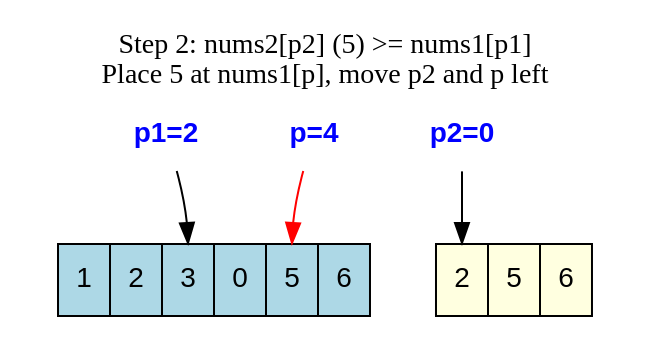
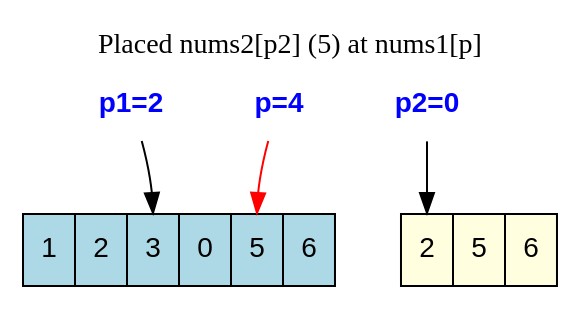
Before and after one commit to jensonp/leetcode: the diagram in 088-merge-sorted-array/dot/step2.dot, drawn with Graphviz. The commit also changed 21 other files, not shown here.

```diff
--- a/088-merge-sorted-array/dot/step2.dot
+++ b/088-merge-sorted-array/dot/step2.dot
@@ -1,15 +1,13 @@
 digraph G {
     rankdir=TB;
     node [shape=record, fontname="Helvetica", style=filled, fillcolor=white];
-    
     nums1 [label="<f0> 1|<f1> 2|<f2> 3|<f3> 0|<f4> 5|<f5> 6", fillcolor=lightblue];
     nums2 [label="<f0> 2|<f1> 5|<f2> 6", fillcolor=lightyellow];
-    
     node [shape=plaintext, fillcolor=none, fontcolor=blue, fontname="Helvetica-Bold"];
     p1 [label="p1=2"]; p1 -> nums1:f2;
 p2 [label="p2=0"]; p2 -> nums2:f0;
 p [label="p=4"]; p -> nums1:f4 [color=red, fontcolor=red];
     labelloc="t";
-    label="Step 2: nums2[p2] (5) >= nums1[p1]\nPlace 5 at nums1[p], move p2 and p left";
+    label="Placed nums2[p2] (5) at nums1[p]";
     fontsize=14;
 }
```
